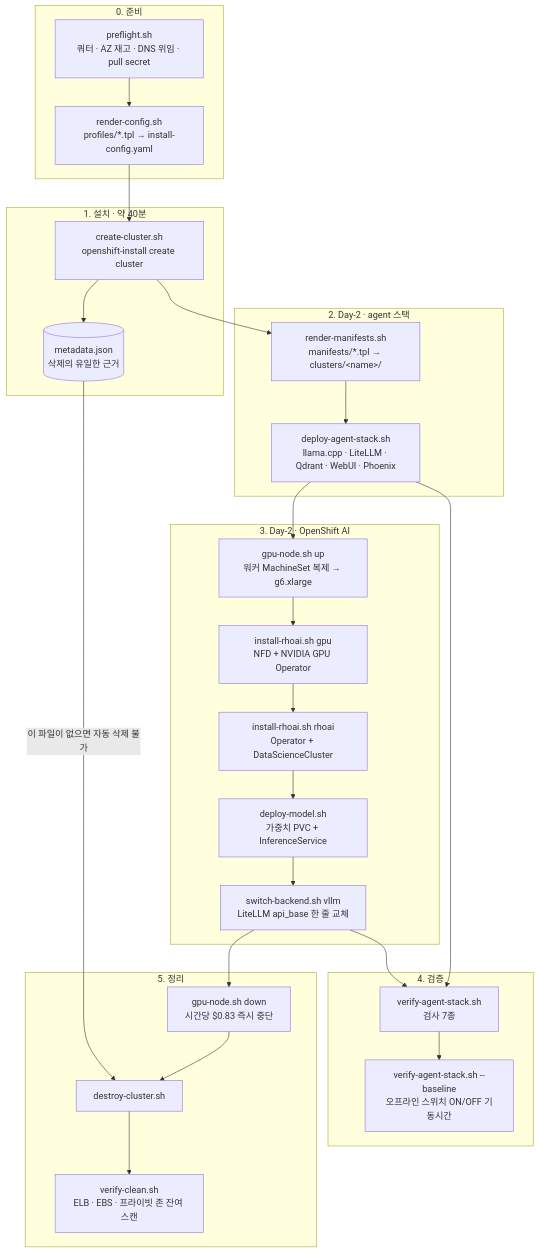
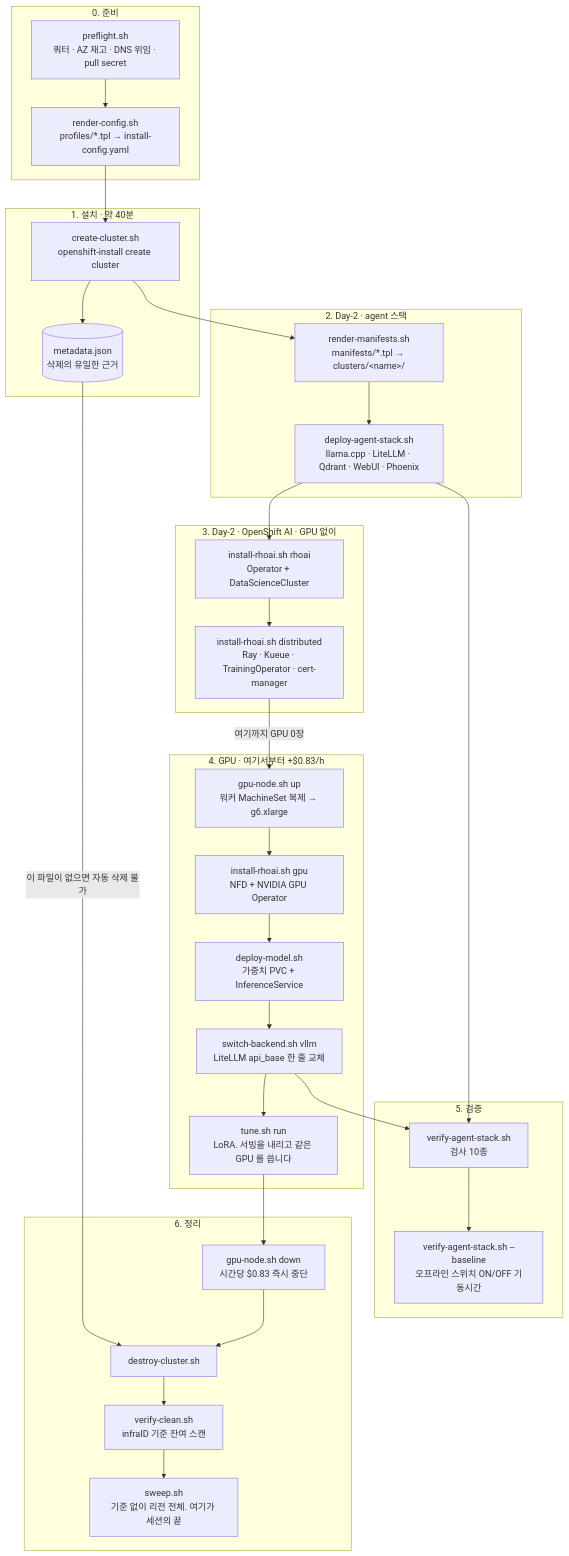
Before and after one commit to kiyeonjeon21/ocp-aws-lab: the second of 5 diagrams in README.md, drawn with Mermaid. The commit also changed other lines of this file and 6 other files, not shown here.

First line of the commit message:
B단계: LoRA 파인튜닝 (PyTorchJob) 추가, 워크플로 다이어그램 순서 수정

````diff
--- a/README.md
+++ b/README.md
@@ -114,45 +114,54 @@
 ```mermaid
 flowchart TB
     subgraph S0["0. 준비"]
         P1["preflight.sh<br/>쿼터 · AZ 재고 · DNS 위임 · pull secret"]
         P2["render-config.sh<br/>profiles/*.tpl → install-config.yaml"]
     end
 
     subgraph S1["1. 설치 · 약 40분"]
         C1["create-cluster.sh<br/>openshift-install create cluster"]
         META[("metadata.json<br/>삭제의 유일한 근거")]
     end
 
     subgraph S2["2. Day-2 · agent 스택"]
         D1["render-manifests.sh<br/>manifests/*.tpl → clusters/&lt;name&gt;/"]
         D2["deploy-agent-stack.sh<br/>llama.cpp · LiteLLM · Qdrant · WebUI · Phoenix"]
     end
 
-    subgraph S3["3. Day-2 · OpenShift AI"]
+    subgraph S3["3. Day-2 · OpenShift AI · GPU 없이"]
+        A3["install-rhoai.sh rhoai<br/>Operator + DataScienceCluster"]
+        A6["install-rhoai.sh distributed<br/>Ray · Kueue · TrainingOperator · cert-manager"]
+    end
+
+    subgraph S4["4. GPU · 여기서부터 +$0.83/h"]
         A1["gpu-node.sh up<br/>워커 MachineSet 복제 → g6.xlarge"]
         A2["install-rhoai.sh gpu<br/>NFD + NVIDIA GPU Operator"]
-        A3["install-rhoai.sh rhoai<br/>Operator + DataScienceCluster"]
         A4["deploy-model.sh<br/>가중치 PVC + InferenceService"]
         A5["switch-backend.sh vllm<br/>LiteLLM api_base 한 줄 교체"]
+        A7["tune.sh run<br/>LoRA. 서빙을 내리고 같은 GPU 를 씁니다"]
     end
 
-    subgraph S4["4. 검증"]
-        V1["verify-agent-stack.sh<br/>검사 7종"]
+    subgraph S5["5. 검증"]
+        V1["verify-agent-stack.sh<br/>검사 10종"]
         V2["verify-agent-stack.sh --baseline<br/>오프라인 스위치 ON/OFF 기동시간"]
     end
 
-    subgraph S5["5. 정리"]
+    subgraph S6["6. 정리"]
         T1["gpu-node.sh down<br/>시간당 $0.83 즉시 중단"]
         T2["destroy-cluster.sh"]
-        T3["verify-clean.sh<br/>ELB · EBS · 프라이빗 존 잔여 스캔"]
+        T3["verify-clean.sh<br/>infraID 기준 잔여 스캔"]
+        T4["sweep.sh<br/>기준 없이 리전 전체. 여기가 세션의 끝"]
     end
 
     P1 --> P2 --> C1 --> META
     C1 --> D1 --> D2
     D2 --> V1
-    D2 --> A1 --> A2 --> A3 --> A4 --> A5
+    D2 --> A3 --> A6
+    A6 -->|"여기까지 GPU 0장"| A1
+    A1 --> A2 --> A4 --> A5
     A5 --> V1
+    A5 --> A7
     V1 --> V2
-    A5 --> T1 --> T2 --> T3
+    A7 --> T1 --> T2 --> T3 --> T4
     META -->|"이 파일이 없으면 자동 삭제 불가"| T2
 ```
````
